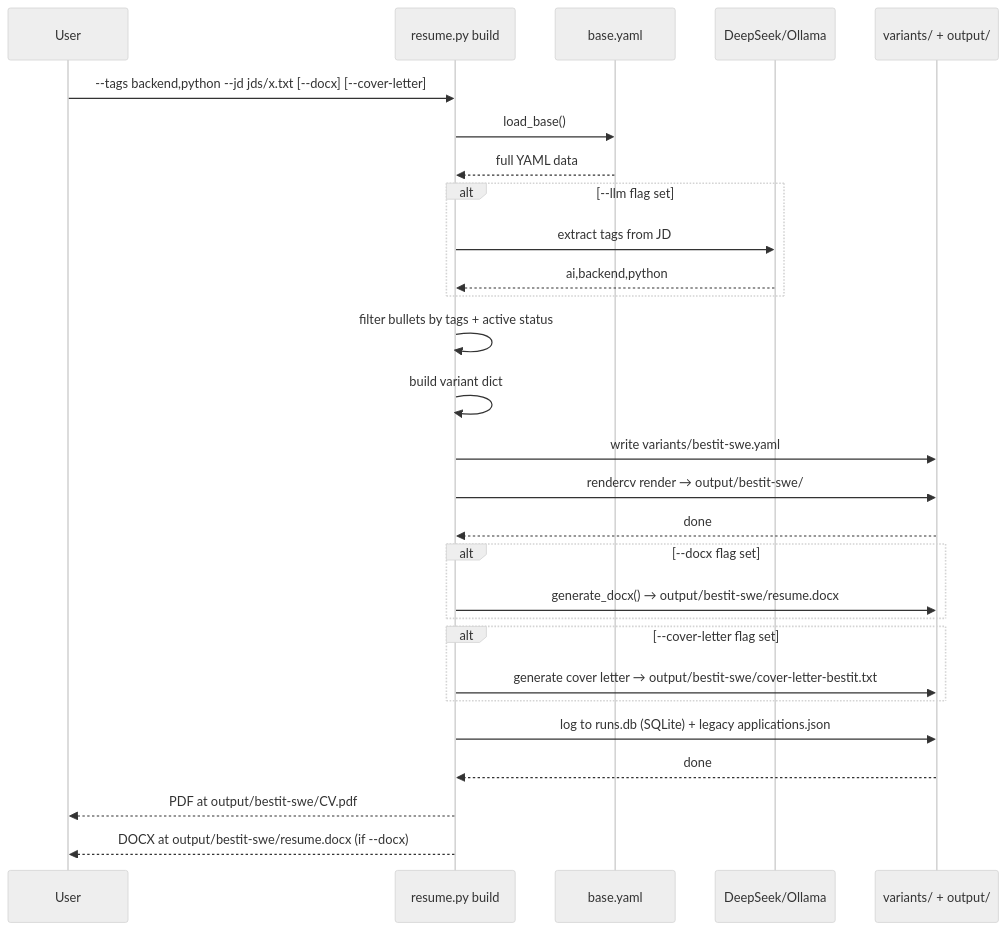
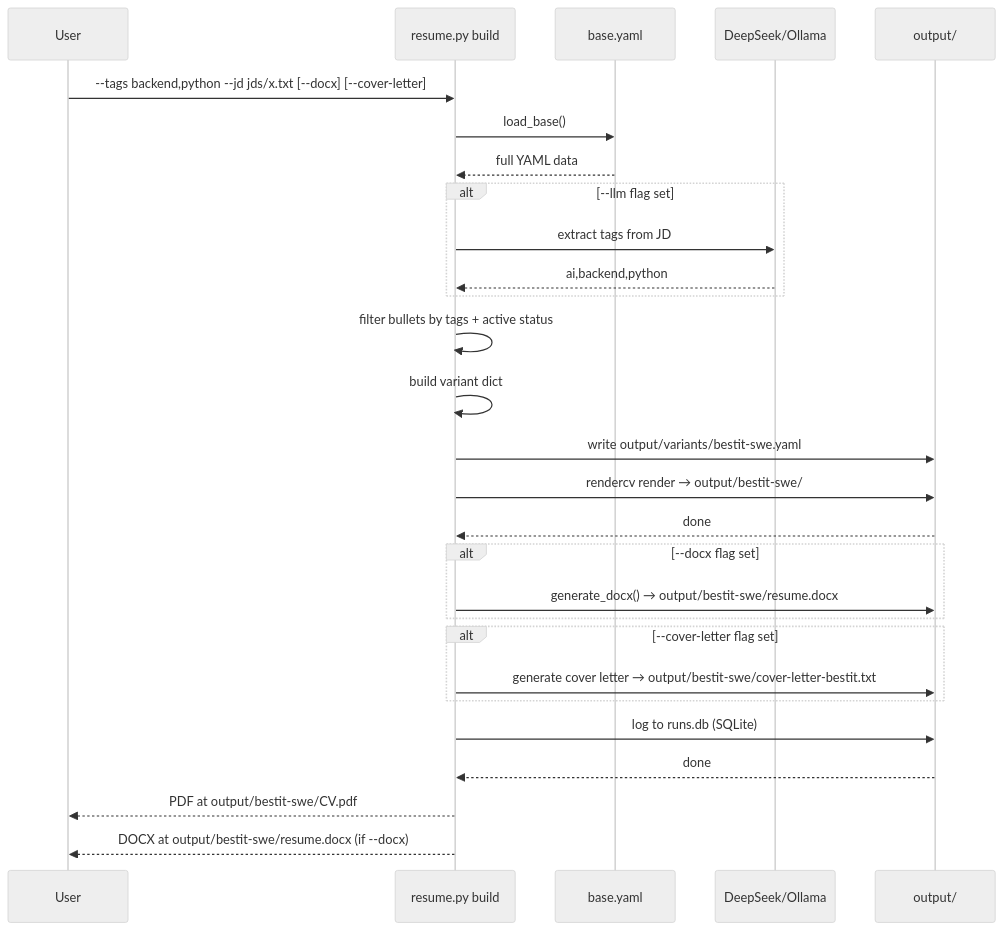
The sixth of 10 diagrams in docs/overview.md (jxjwilliam/resume-generator), drawn with Mermaid (neutral theme) before and after one commit. The commit also changed other lines of this file and 1 other file, not shown here.

````diff
--- a/docs/overview.md
+++ b/docs/overview.md
@@ -293,38 +253,38 @@
 ```mermaid
 sequenceDiagram
     participant User
     participant CLI as resume.py build
     participant Base as base.yaml
     participant LLM as DeepSeek/Ollama
-    participant FS as variants/ + output/
+    participant FS as output/
 
     User->>CLI: --tags backend,python --jd jds/x.txt [--docx] [--cover-letter]
     CLI->>Base: load_base()
     Base-->>CLI: full YAML data
 
     alt --llm flag set
         CLI->>LLM: extract tags from JD
         LLM-->>CLI: ai,backend,python
     end
 
     CLI->>CLI: filter bullets by tags + active status
     CLI->>CLI: build variant dict
-    CLI->>FS: write variants/bestit-swe.yaml
+    CLI->>FS: write output/variants/bestit-swe.yaml
 
     CLI->>FS: rendercv render → output/bestit-swe/
     FS-->>CLI: done
 
     alt --docx flag set
         CLI->>FS: generate_docx() → output/bestit-swe/resume.docx
     end
 
     alt --cover-letter flag set
         CLI->>FS: generate cover letter → output/bestit-swe/cover-letter-bestit.txt
     end
 
-    CLI->>FS: log to runs.db (SQLite) + legacy applications.json
+    CLI->>FS: log to runs.db (SQLite)
     FS-->>CLI: done
 
     CLI-->>User: PDF at output/bestit-swe/CV.pdf
     CLI-->>User: DOCX at output/bestit-swe/resume.docx (if --docx)
 ```
````
